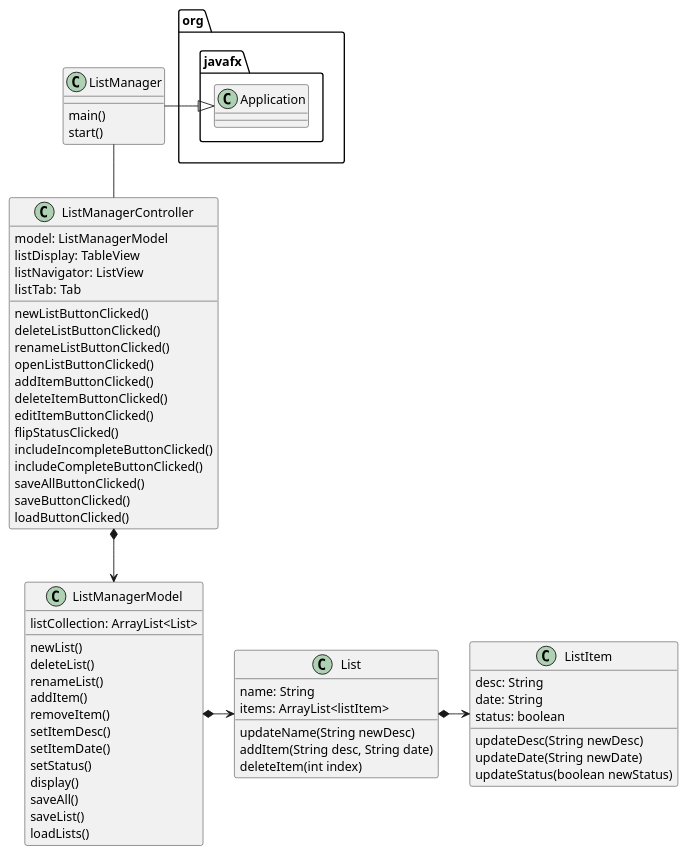
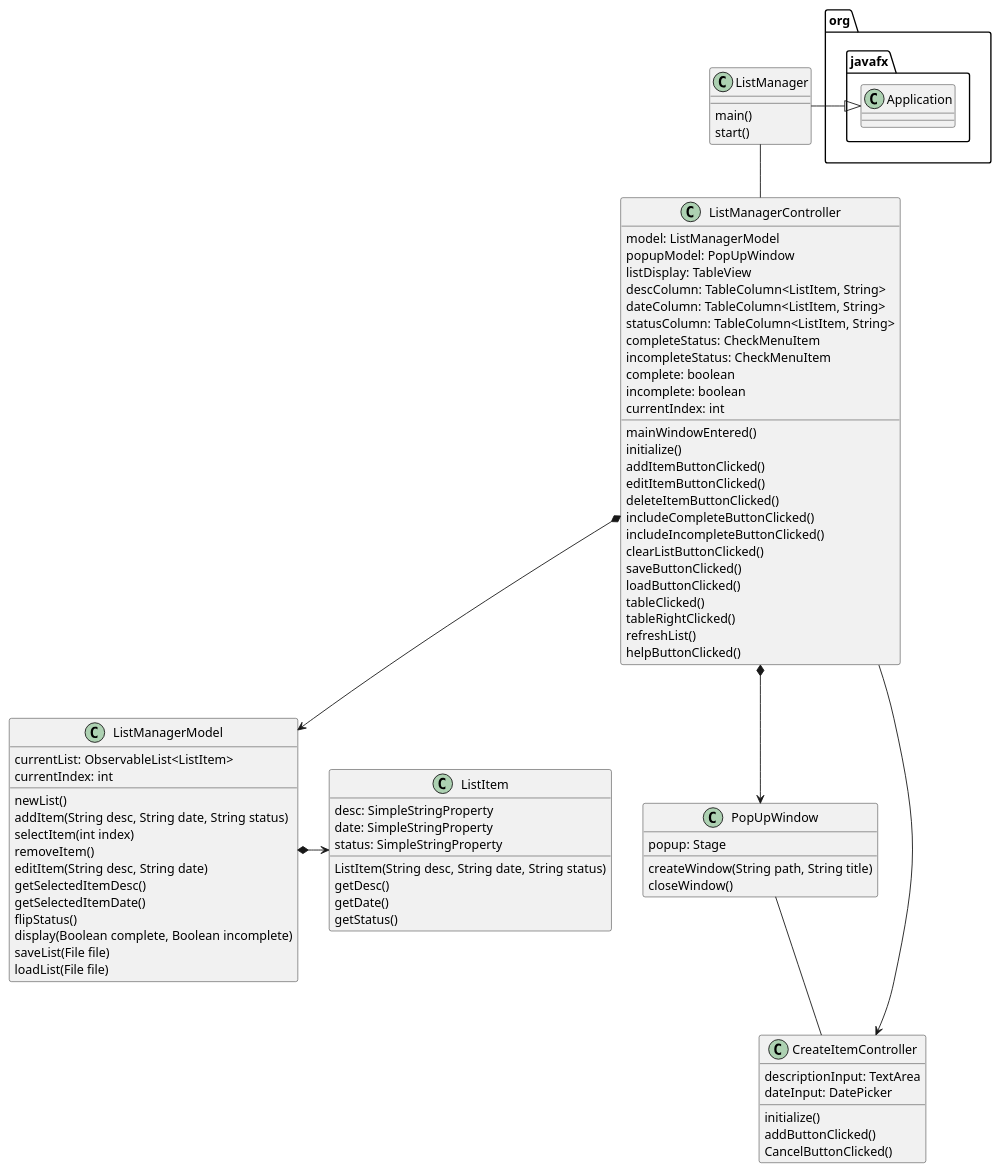
The diagram in uml/ListManagerClasses.puml (douglasgloverUCF/glover-cop3330-assignment4part2), drawn with PlantUML before and after one commit. The commit also changed 8 other files, not shown here.

```diff
--- a/uml/ListManagerClasses.puml
+++ b/uml/ListManagerClasses.puml
@@ -1,68 +1,86 @@
 @startuml
 'https://plantuml.com/class-diagram
 
 Class ListManager {
     main()
     start()
 }
 Class ListManagerController {
     model: ListManagerModel
+    popupModel: PopUpWindow
     listDisplay: TableView
-    listNavigator: ListView
-    listTab: Tab
+    descColumn: TableColumn<ListItem, String>
+    dateColumn: TableColumn<ListItem, String>
+    statusColumn: TableColumn<ListItem, String>
+    completeStatus: CheckMenuItem
+    incompleteStatus: CheckMenuItem
+    complete: boolean
+    incomplete: boolean
+    currentIndex: int
 
-    newListButtonClicked()
-    deleteListButtonClicked()
-    renameListButtonClicked()
-    openListButtonClicked()
+    mainWindowEntered()
+    initialize()
     addItemButtonClicked()
+    editItemButtonClicked()
     deleteItemButtonClicked()
-    editItemButtonClicked()
-    flipStatusClicked()
+    includeCompleteButtonClicked()
     includeIncompleteButtonClicked()
-    includeCompleteButtonClicked()
-    saveAllButtonClicked()
+    clearListButtonClicked()
     saveButtonClicked()
     loadButtonClicked()
+    tableClicked()
+    tableRightClicked()
+    refreshList()
+    helpButtonClicked()
 }
 Class ListManagerModel {
-    listCollection: ArrayList<List>
+    currentList: ObservableList<ListItem>
+    currentIndex: int
+
     newList()
-    deleteList()
-    renameList()
-    addItem()
+    addItem(String desc, String date, String status)
+    selectItem(int index)
     removeItem()
-    setItemDesc()
-    setItemDate()
-    setStatus()
-    display()
-    saveAll()
-    saveList()
-    loadLists()
+    editItem(String desc, String date)
+    getSelectedItemDesc()
+    getSelectedItemDate()
+    flipStatus()
+    display(Boolean complete, Boolean incomplete)
+    saveList(File file)
+    loadList(File file)
 }
 
-Class List {
-    name: String
-    items: ArrayList<listItem>
+Class ListItem {
+    desc: SimpleStringProperty
+    date: SimpleStringProperty
+    status: SimpleStringProperty
 
-    updateName(String newDesc)
-    addItem(String desc, String date)
-    deleteItem(int index)
+    ListItem(String desc, String date, String status)
+    getDesc()
+    getDate()
+    getStatus()
 }
-Class ListItem {
-    desc: String
-    date: String
-    status: boolean
 
-    updateDesc(String newDesc)
-    updateDate(String newDate)
-    updateStatus(boolean newStatus)
+Class CreateItemController {
+    descriptionInput: TextArea
+    dateInput: DatePicker
+
+    initialize()
+    addButtonClicked()
+    CancelButtonClicked()
 }
+Class PopUpWindow {
+    popup: Stage
+    createWindow(String path, String title)
+    closeWindow()
+}
+
 ListManager -|> org.javafx.Application
 ListManager -- ListManagerController
 ListManagerController *--> ListManagerModel
-ListManagerModel *-> List
-List *-> ListItem
-
+ListManagerModel *-> ListItem
+ListManagerController *--> PopUpWindow
+PopUpWindow -- CreateItemController
+CreateItemController <-- ListManagerController
 
 @enduml
```
